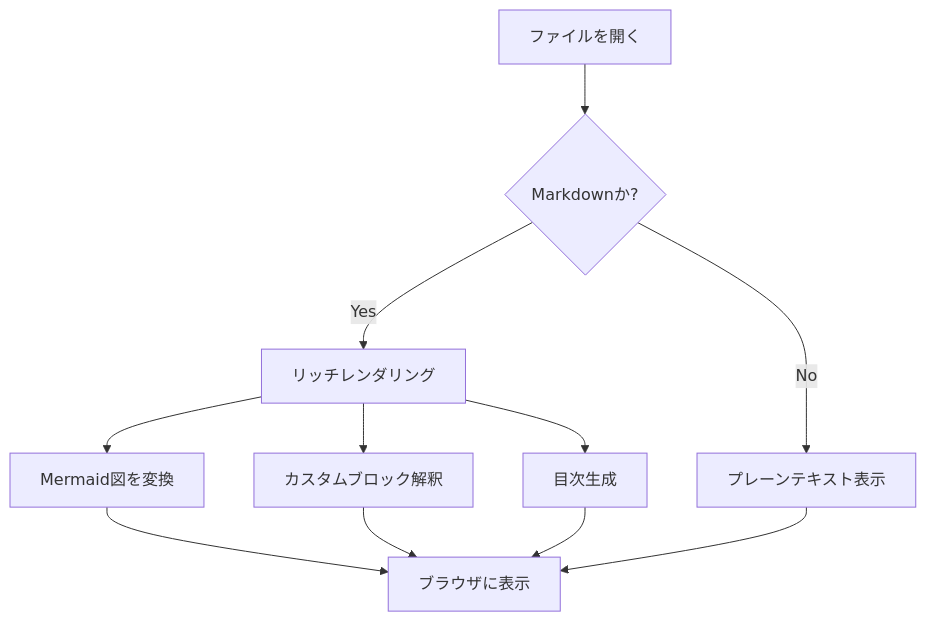
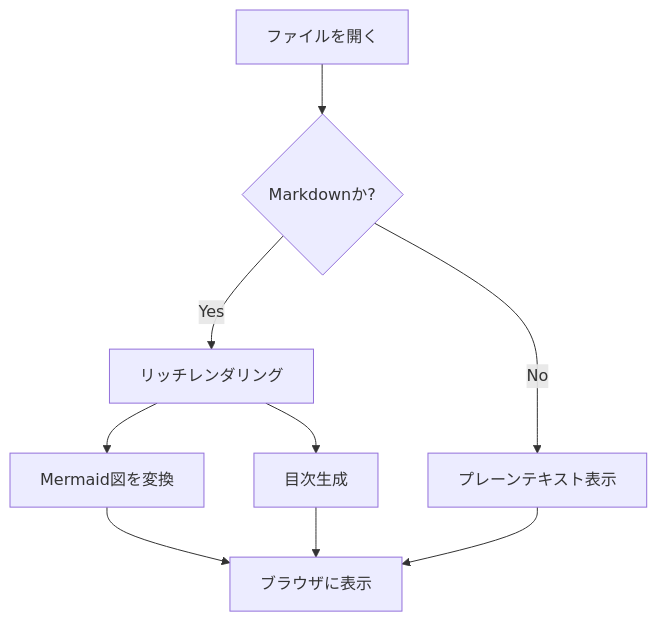
One commit to gmoriki/mado-web changed the first of 4 diagrams in public/sample.md. Above: the diagram before and after it, drawn with Mermaid. The commit also changed other lines of this file and 32 other files, not shown here.

````diff
--- a/public/sample.md
+++ b/public/sample.md
@@ -100,13 +99,11 @@
 ```mermaid
 graph TD
     A[ファイルを開く] --> B{Markdownか?}
     B -->|Yes| C[リッチレンダリング]
     B -->|No| D[プレーンテキスト表示]
     C --> E[Mermaid図を変換]
-    C --> F[カスタムブロック解釈]
     C --> G[目次生成]
     E --> H[ブラウザに表示]
-    F --> H
     G --> H
     D --> H
 ```
````
